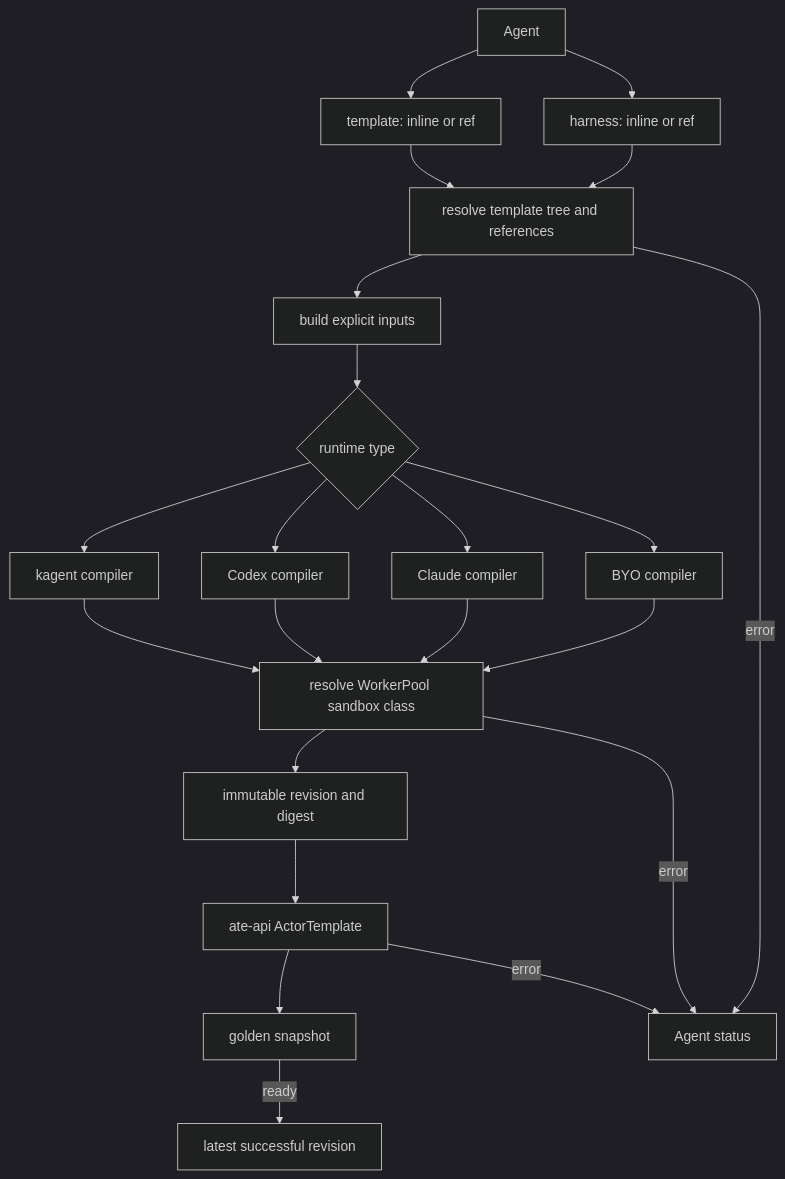
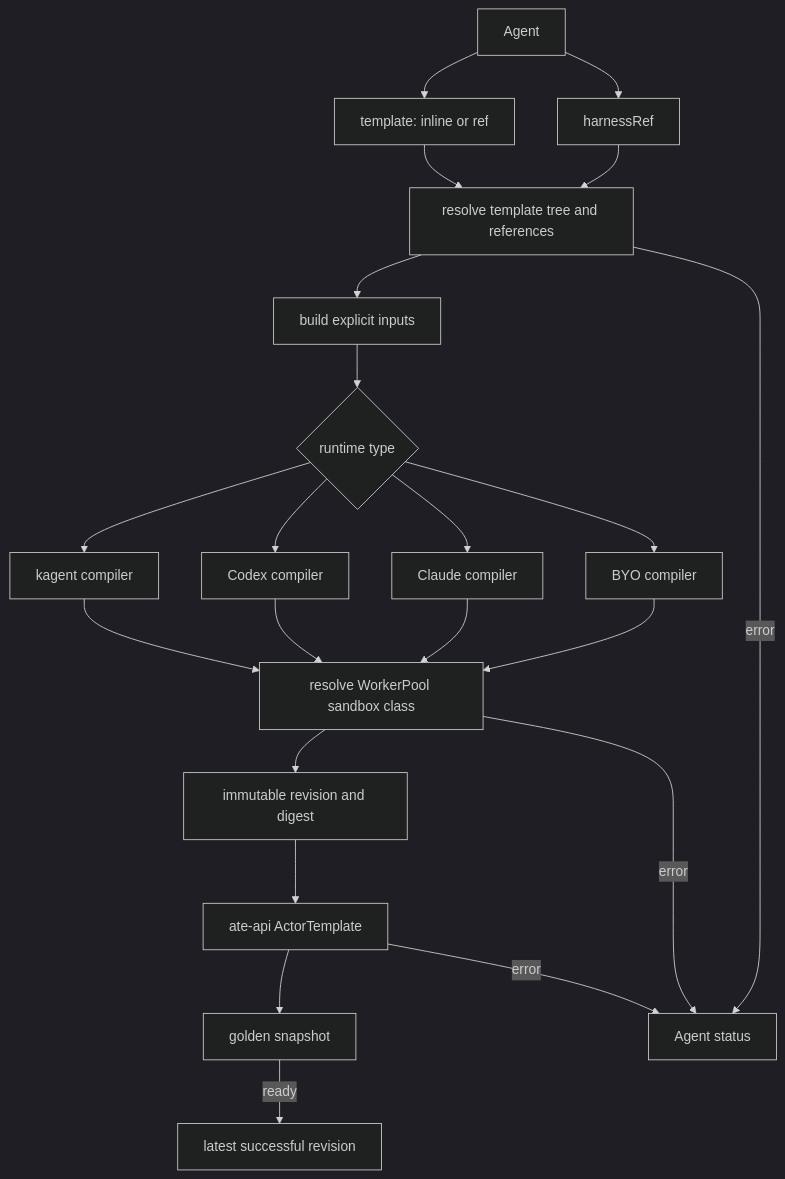
Before and after one commit to kagent-dev/kagent: the diagram in docs/architecture/configuration-and-compilation.md, drawn with Mermaid (dark theme). The commit also changed other lines of this file and 47 other files, not shown here.

````diff
--- a/docs/architecture/configuration-and-compilation.md
+++ b/docs/architecture/configuration-and-compilation.md
@@ -86,24 +92,24 @@
 ```mermaid
 flowchart TD
     A[Agent] --> T[template: inline or ref]
-    A --> H[harness: inline or ref]
+    A --> H[harnessRef]
     T --> RESOLVE[resolve template tree and references]
     H --> RESOLVE
     RESOLVE --> INPUTS[build explicit inputs]
     INPUTS --> REGISTRY{runtime type}
     REGISTRY --> K[kagent compiler]
     REGISTRY --> X[Codex compiler]
     REGISTRY --> C[Claude compiler]
     REGISTRY --> B[BYO compiler]
     K --> POOL[resolve WorkerPool sandbox class]
     X --> POOL
     C --> POOL
     B --> POOL
     POOL --> REV[immutable revision and digest]
     POOL -->|error| STATUS
     REV --> ATE[ate-api ActorTemplate]
     ATE --> GOLDEN[golden snapshot]
     GOLDEN -->|ready| LATEST[latest successful revision]
     RESOLVE -->|error| STATUS[Agent status]
     ATE -->|error| STATUS
 ```
````
